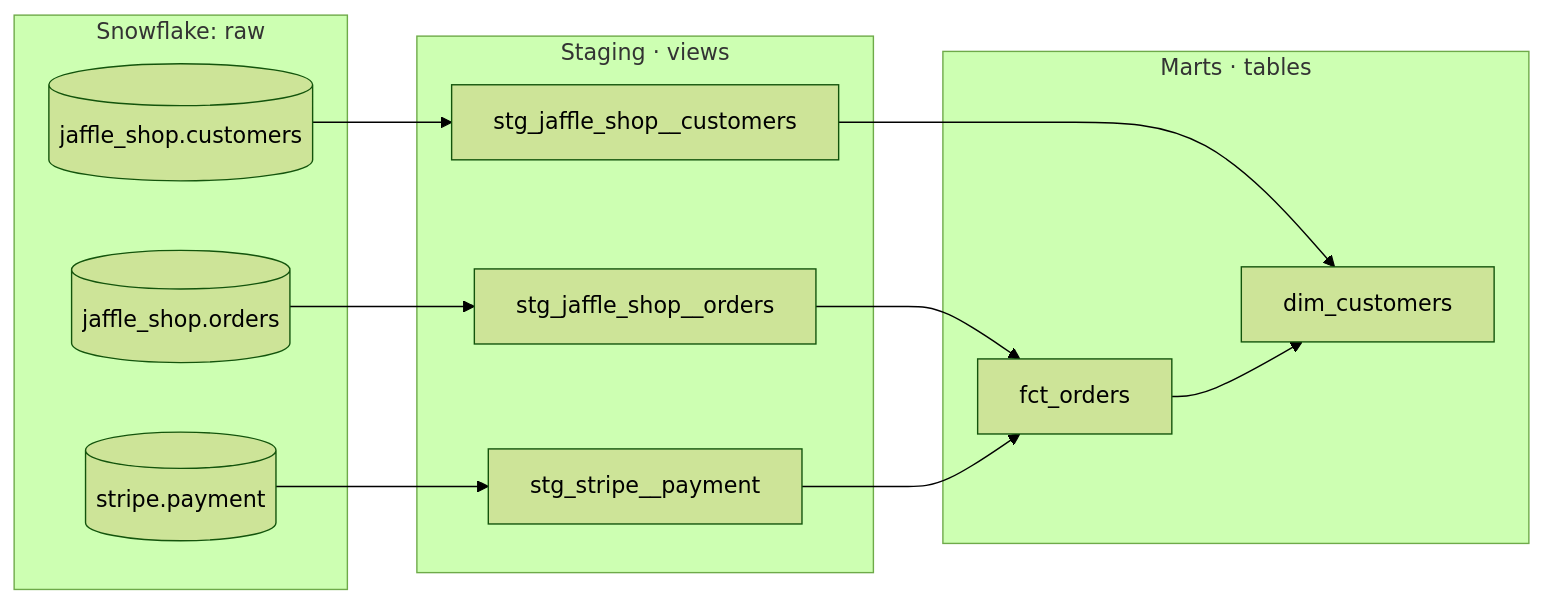
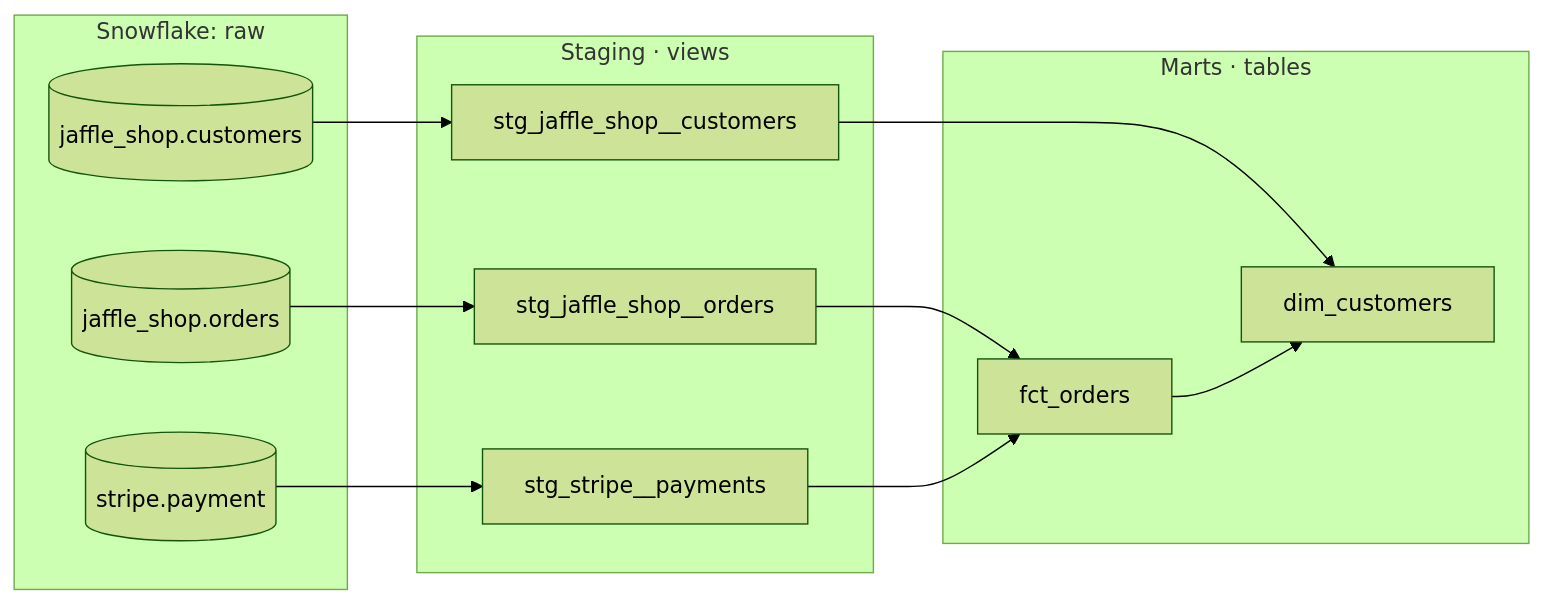
Before and after one commit to jfriedhoff/dbt-Fundamentals-dbt-Studio: the diagram in README.md, drawn with Mermaid (forest theme). The commit also changed other lines of this file and 5 other files, not shown here.

````diff
--- a/README.md
+++ b/README.md
@@ -9,24 +9,24 @@
 ```mermaid
 flowchart LR
     subgraph raw [Snowflake: raw]
         c[(jaffle_shop.customers)]
         o[(jaffle_shop.orders)]
         p[(stripe.payment)]
     end
     subgraph staging [Staging · views]
         sc[stg_jaffle_shop__customers]
         so[stg_jaffle_shop__orders]
-        sp[stg_stripe__payment]
+        sp[stg_stripe__payments]
     end
     subgraph marts [Marts · tables]
         fo[fct_orders]
         dc[dim_customers]
     end
     c --> sc
     o --> so
     p --> sp
     so --> fo
     sp --> fo
     sc --> dc
     fo --> dc
 ```
````
